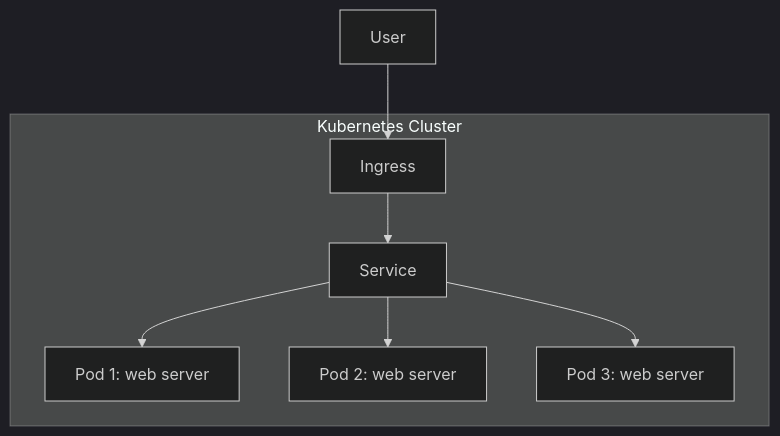
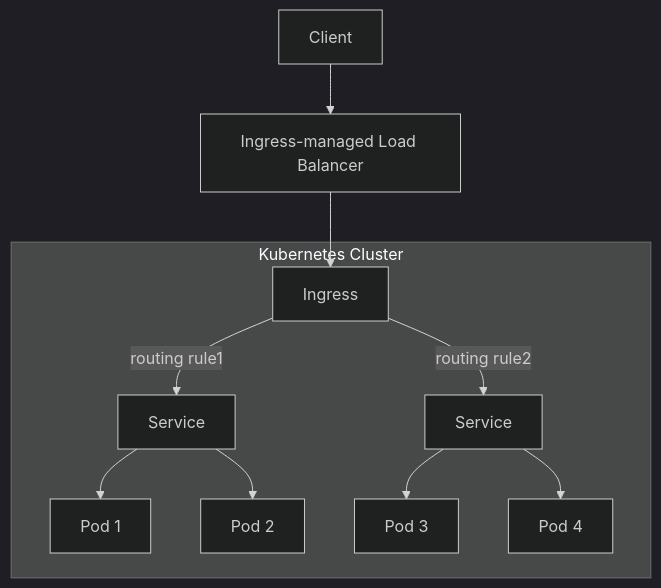
One commit to kumackey/development-camp-2025-kubenetes changed the third of 3 diagrams in README.md. Above: the diagram before and after it, drawn with Mermaid (dark theme). The commit also changed other lines of this file, not shown here.

Commit message:
途中経過

````diff
--- a/README.md
+++ b/README.md
@@ -67,11 +62,14 @@
 ```mermaid
 graph TD
-    U[User] --> I[Ingress]
+    C[Client] --> LB[Ingress-managed Load Balancer]
+    LB --> I[Ingress]
     
     subgraph K8S["Kubernetes Cluster"]
-        I --> S[Service]
-        S --> P1[Pod 1: web server]
-        S --> P2[Pod 2: web server]
-        S --> P3[Pod 3: web server]
+        I --> |"routing rule1"| S1[Service]
+        I --> |"routing rule2"| S2[Service]
+        S1 --> P1[Pod 1]
+        S1 --> P2[Pod 2]
+        S2 --> P3[Pod 3]
+        S2 --> P4[Pod 4]
     end
 ```
````
